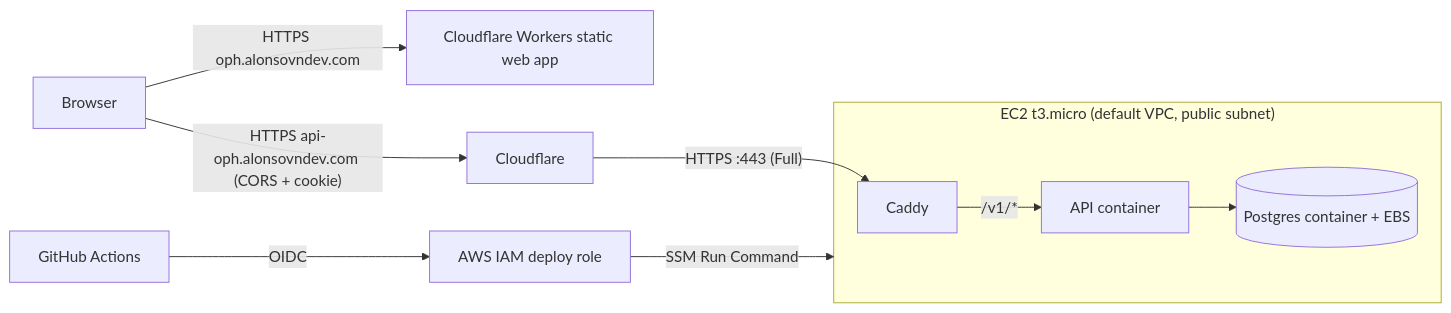
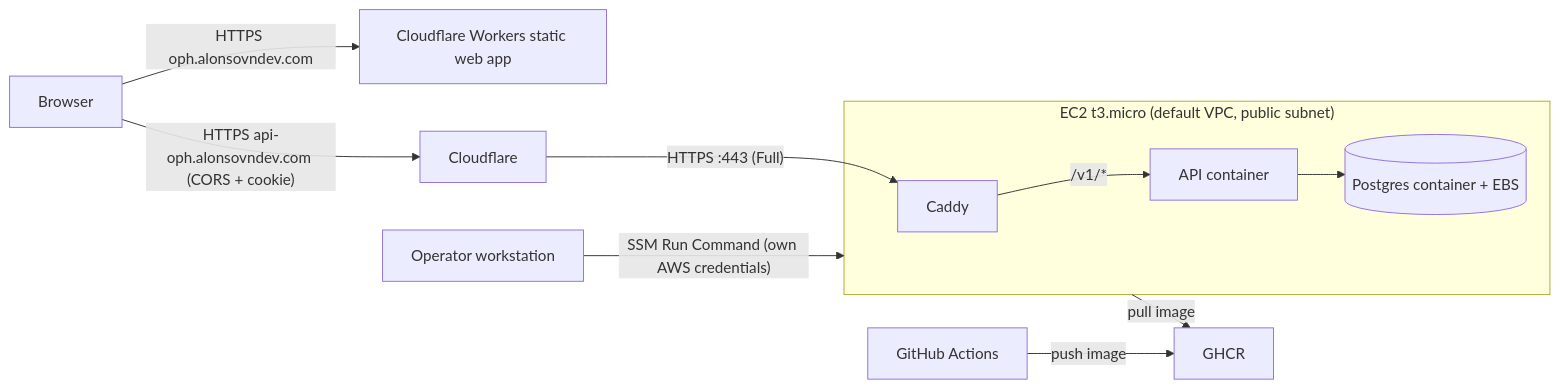
Before and after one commit to alonsovndev/open-projects-hub-docs: the diagram in docs/03-architecture/ops/deployment-architecture.md, drawn with Mermaid. The commit also changed other lines of this file and 1 other file, not shown here.

Commit message:
docs(ops): update deployment and CI/CD pages for the new account and manual deploy

````diff
--- a/docs/03-architecture/ops/deployment-architecture.md
+++ b/docs/03-architecture/ops/deployment-architecture.md
@@ -70,12 +70,13 @@
 ```mermaid
 flowchart LR
     Browser -->|"HTTPS oph.alonsovndev.com"| Workers[Cloudflare Workers static web app]
     Browser -->|"HTTPS api-oph.alonsovndev.com (CORS + cookie)"| Cloudflare
     Cloudflare -->|"HTTPS :443 (Full)"| Caddy
     subgraph EC2["EC2 t3.micro (default VPC, public subnet)"]
         Caddy -->|"/v1/*"| API[API container]
         API --> Postgres[(Postgres container + EBS)]
     end
-    GitHub[GitHub Actions] -->|OIDC| IAM[AWS IAM deploy role]
-    IAM -->|SSM Run Command| EC2
+    GitHub[GitHub Actions] -->|push image| GHCR[GHCR]
+    Operator[Operator workstation] -->|"SSM Run Command (own AWS credentials)"| EC2
+    EC2 -->|pull image| GHCR
 ```
````
